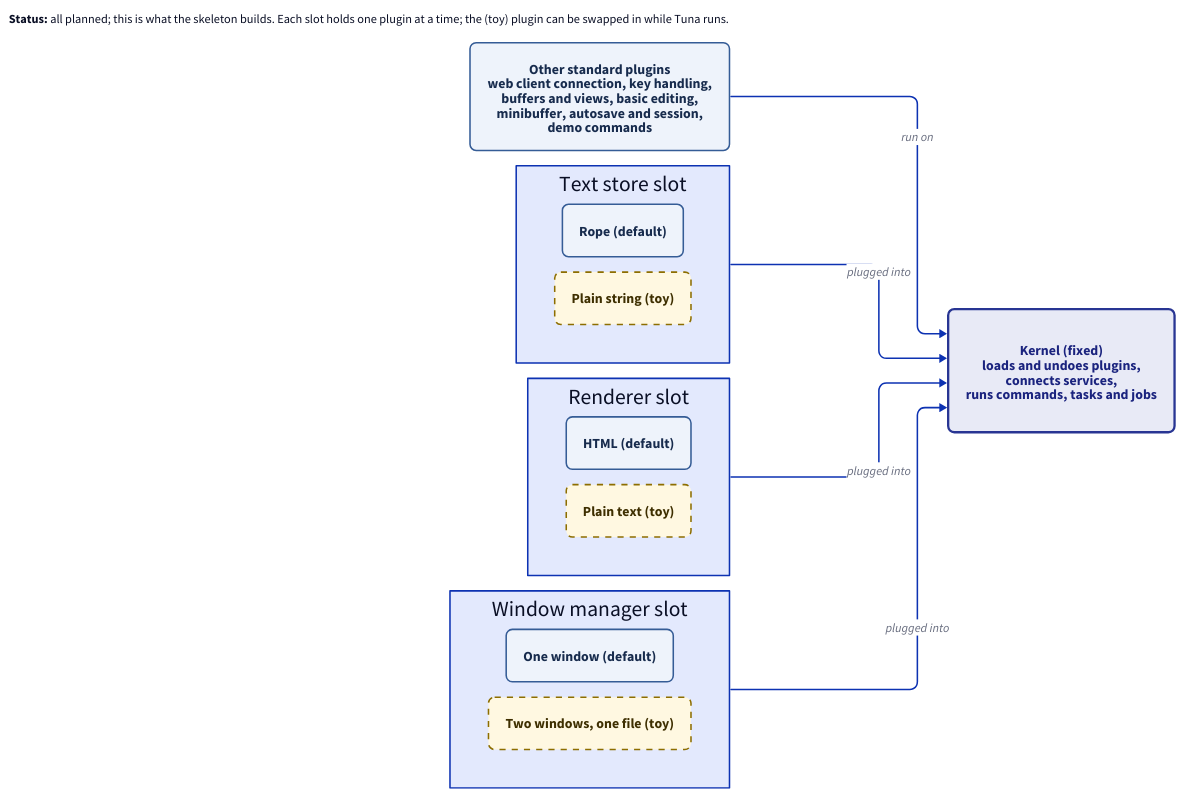
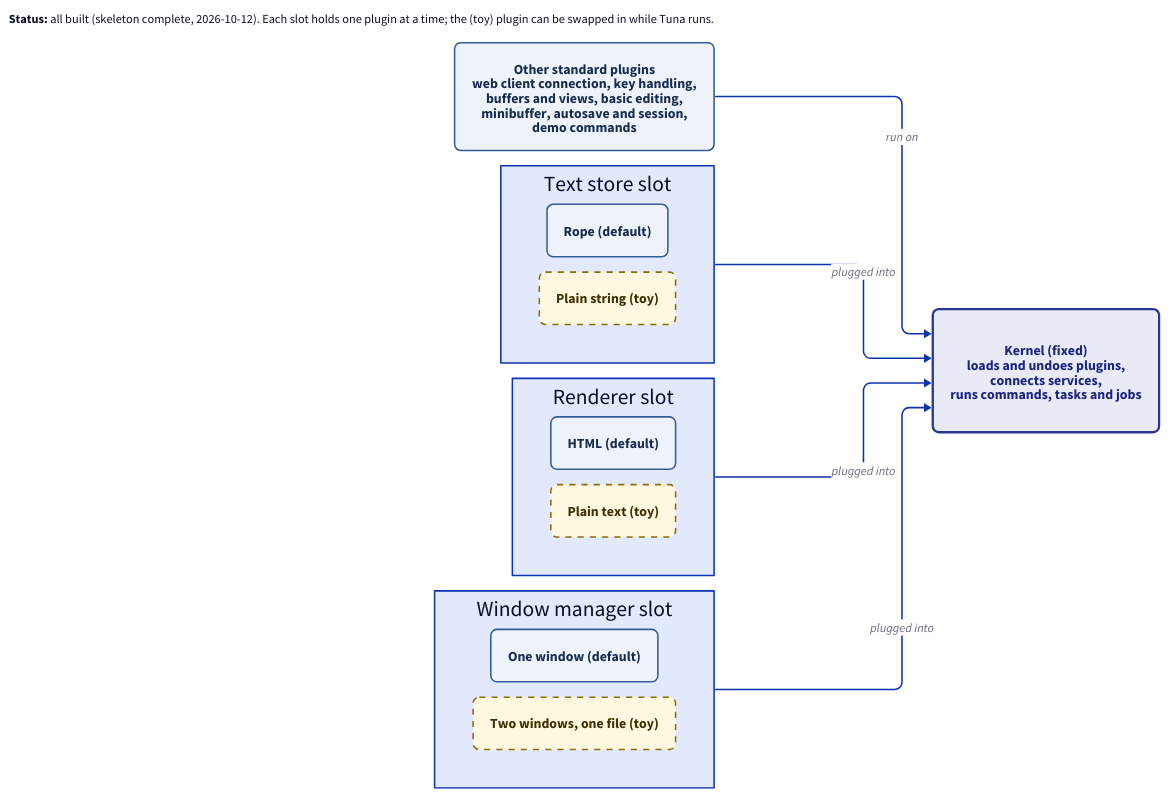
The diagram in docs/diagrams/skeleton-parts.d2 (jaybonthius/tuna), drawn with D2 before and after one commit. The commit also changed 10 other files, not shown here.

```diff
--- a/docs/diagrams/skeleton-parts.d2
+++ b/docs/diagrams/skeleton-parts.d2
@@ -1,67 +1,67 @@
 # What the architecture skeleton contains
 vars: {
   d2-config: {
     layout-engine: elk
     theme-id: 0
   }
 }
 direction: right
 
 classes: {
   kernel: {
     style: {
       fill: "#e8eaf6"
       stroke: "#283593"
       font-color: "#1a237e"
       border-radius: 8
       stroke-width: 3
       font-size: 18
     }
   }
   plugin: {
     style: {
       fill: "#eef3fb"
       stroke: "#355c96"
       font-color: "#172b4d"
       border-radius: 8
       font-size: 18
     }
   }
   toy: {
     style: {
       fill: "#fff8e1"
       stroke: "#8d6e00"
       font-color: "#3e2f00"
       border-radius: 8
       stroke-dash: 4
       font-size: 18
     }
   }
 }
 
 legend: |md
-  **Status:** all planned; this is what the skeleton builds.
+  **Status:** all built (skeleton complete, 2026-10-12).
   Each slot holds one plugin at a time; the (toy) plugin can be swapped in while Tuna runs.
 |
 
 plugins: Other standard plugins\nweb client connection, key handling,\nbuffers and views, basic editing,\nminibuffer, autosave and session,\ndemo commands {class: plugin}
 
 kernel: Kernel (fixed)\nloads and undoes plugins,\nconnects services,\nruns commands, tasks and jobs {class: kernel}
 
 store: Text store slot {
   rope: Rope (default) {class: plugin}
   simple: Plain string (toy) {class: toy}
 }
 render: Renderer slot {
   html: HTML (default) {class: plugin}
   plain: Plain text (toy) {class: toy}
 }
 wm: Window manager slot {
   one: One window (default) {class: plugin}
   two: Two windows, one file (toy) {class: toy}
 }
 
 plugins -> kernel: run on
 store -> kernel: plugged into
 render -> kernel: plugged into
 wm -> kernel: plugged into
```
